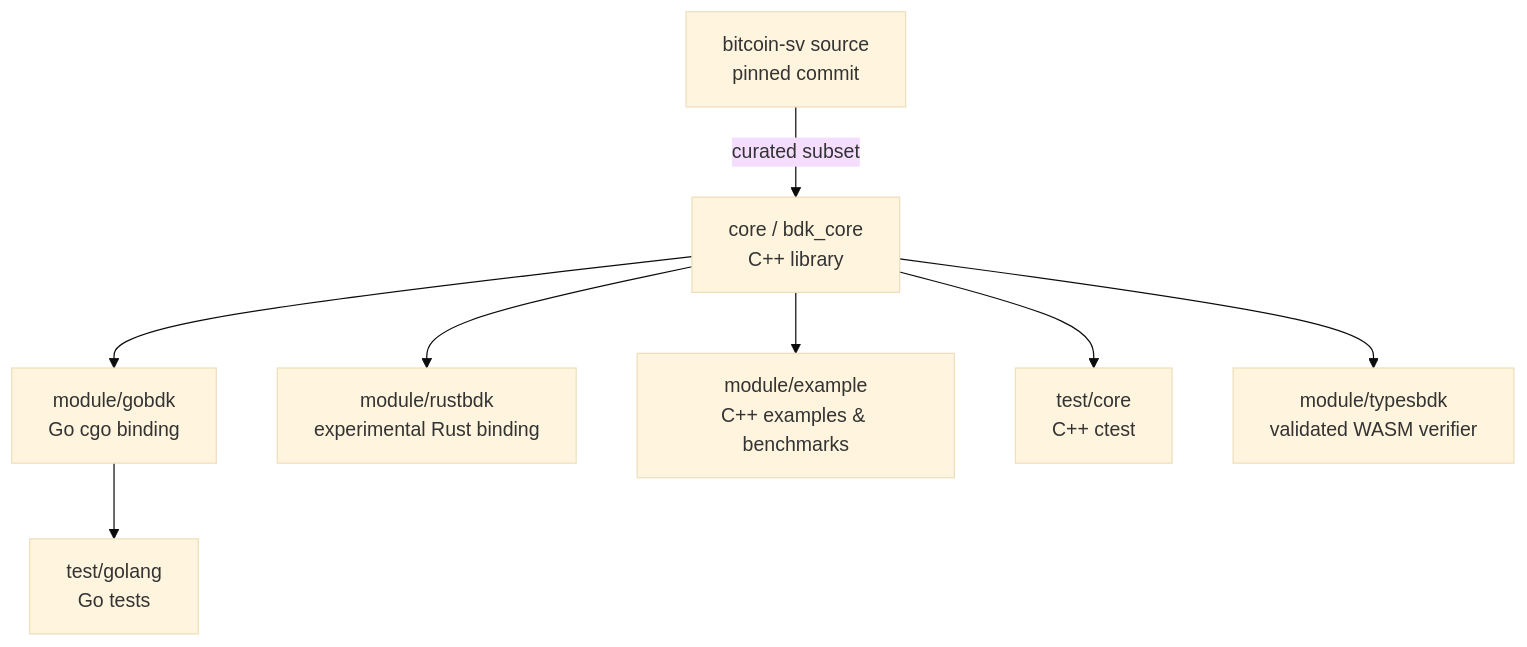
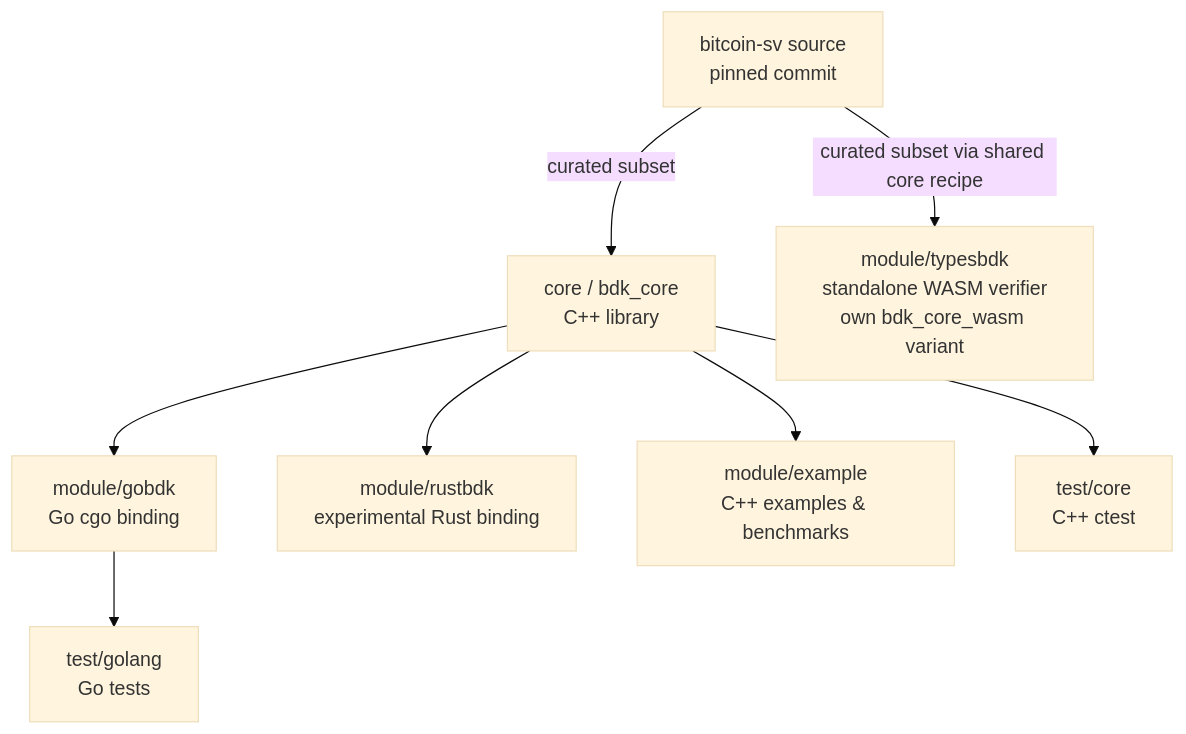
Before and after one commit to bitcoin-sv/bdk: the diagram in documentation/docs/architecture.md, drawn with Mermaid (base theme). The commit also changed other lines of this file and 3 other files, not shown here.

Commit message:
docs: document the standalone wasm build architecture

````diff
--- a/documentation/docs/architecture.md
+++ b/documentation/docs/architecture.md
@@ -10,10 +10,10 @@
 ```mermaid
 graph TD
     BSV[bitcoin-sv source<br/>pinned commit] -->|curated subset| CORE
     CORE[core / bdk_core<br/>C++ library] --> GO[module/gobdk<br/>Go cgo binding]
     CORE --> RUST[module/rustbdk<br/>experimental Rust binding]
     CORE --> EX[module/example<br/>C++ examples & benchmarks]
     CORE --> TESTS[test/core<br/>C++ ctest]
     GO --> GOTESTS[test/golang<br/>Go tests]
-    CORE --> WASM[module/typesbdk<br/>validated WASM verifier]
+    BSV -->|curated subset via shared core recipe| WASM[module/typesbdk<br/>standalone WASM verifier<br/>own bdk_core_wasm variant]
 ```
````
